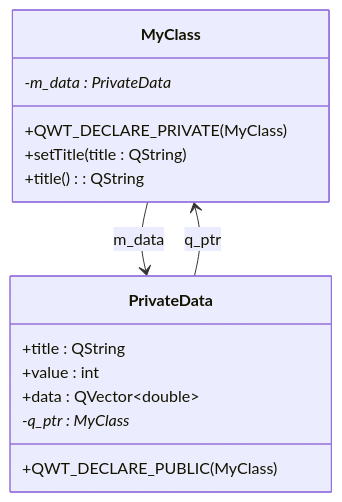
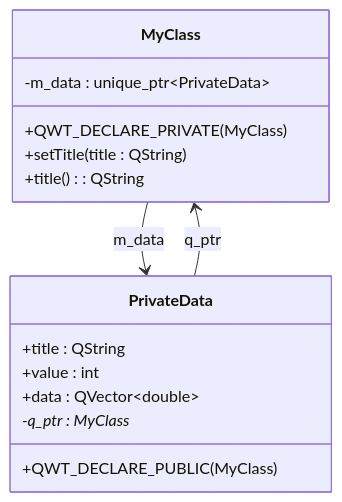
The diagram in docs/zh/dev-guide/pimpl-pattern.md (space-ast/QWT), drawn with Mermaid before and after one commit. The commit also changed other lines of this file and 5 other files, not shown here.

````diff
--- a/docs/zh/dev-guide/pimpl-pattern.md
+++ b/docs/zh/dev-guide/pimpl-pattern.md
@@ -208,20 +187,20 @@
 ```mermaid
 classDiagram
     class MyClass {
         +QWT_DECLARE_PRIVATE(MyClass)
         +setTitle(title : QString)
         +title() : QString
-        -m_data : PrivateData*
+        -m_data : unique_ptr~PrivateData~
     }
     
     class PrivateData {
         +QWT_DECLARE_PUBLIC(MyClass)
         +title : QString
         +value : int
         +data : QVector~double~
         -q_ptr : MyClass*
     }
     
     MyClass --> PrivateData : m_data
     PrivateData --> MyClass : q_ptr
 ```
````
